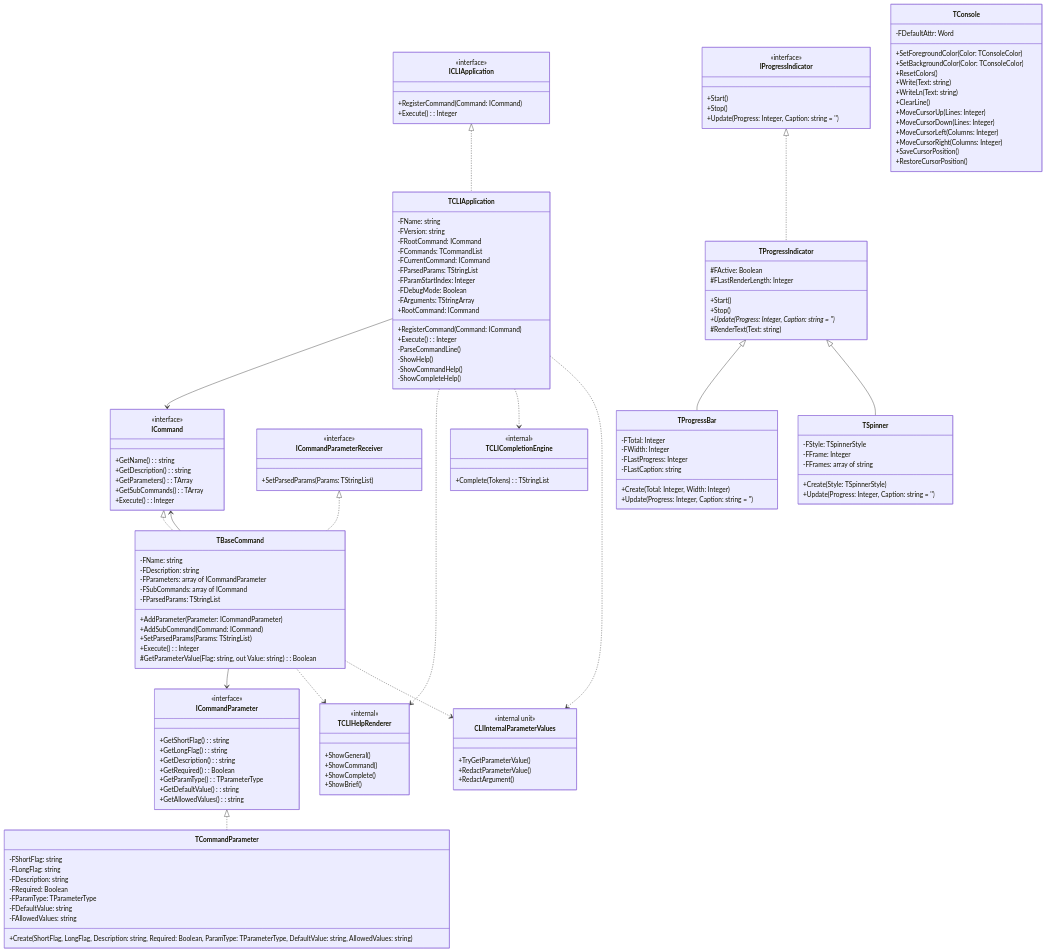
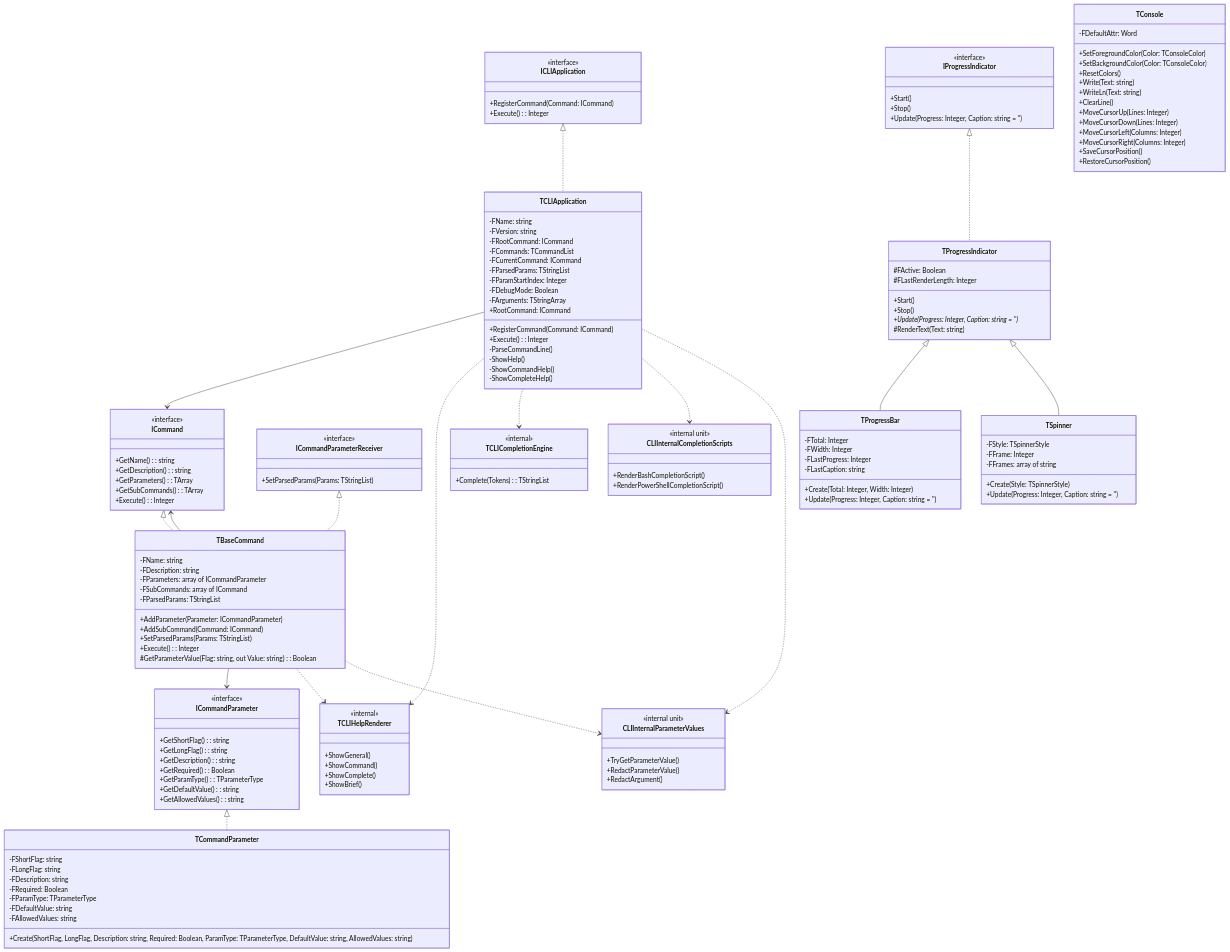
One commit to ikelaiah/cli-fp changed the diagram in docs/technical-docs.md. Above: the diagram before and after it, drawn with Mermaid. The commit also changed other lines of this file and 6 other files, not shown here.

Commit message:
docs: record completion architecture boundary

```diff
--- a/docs/technical-docs.md
+++ b/docs/technical-docs.md
@@ -102,6 +102,12 @@
         +Complete(Tokens): TStringList
     }
 
+    class CLIInternalCompletionScripts {
+        <<internal unit>>
+        +RenderBashCompletionScript()
+        +RenderPowerShellCompletionScript()
+    }
+
     class CLIInternalParameterValues {
         <<internal unit>>
         +TryGetParameterValue()
@@ -173,6 +179,7 @@
     TCLIApplication --> ICommand
     TCLIApplication ..> TCLIHelpRenderer
     TCLIApplication ..> TCLICompletionEngine
+    TCLIApplication ..> CLIInternalCompletionScripts
     TCLIApplication ..> CLIInternalParameterValues
     TBaseCommand --> ICommandParameter
     TBaseCommand --> ICommand
```
